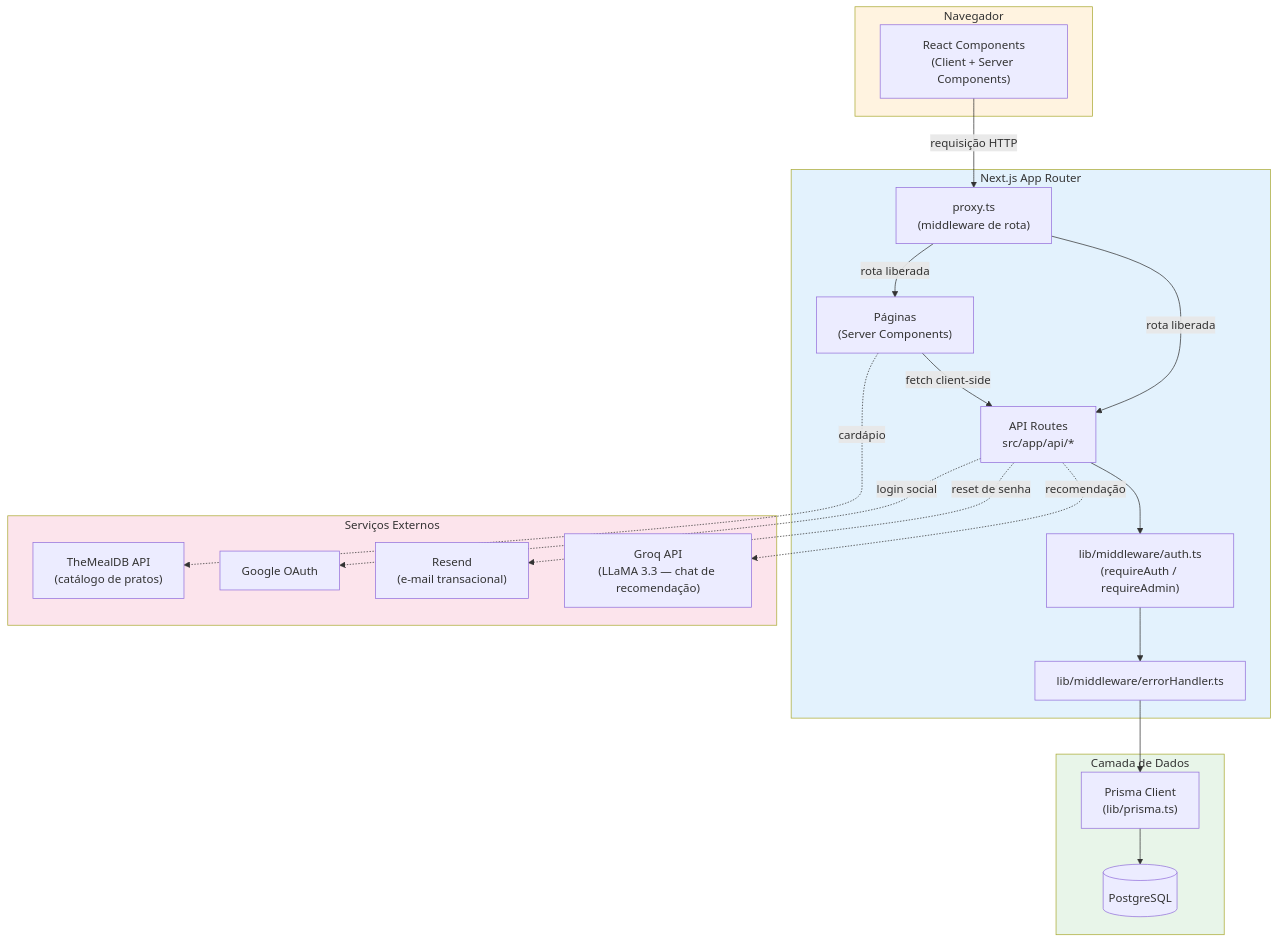
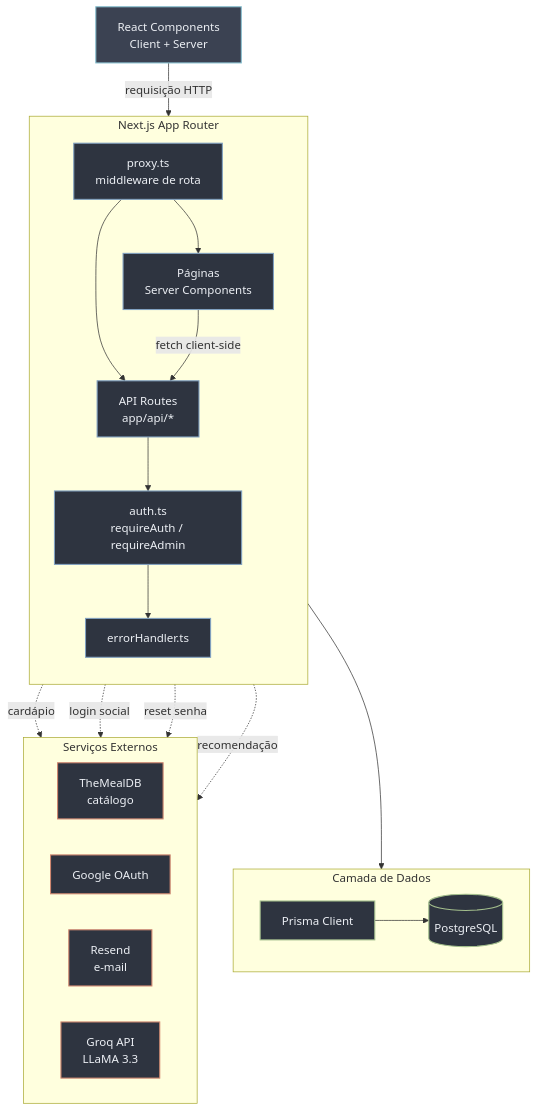
The first of 3 diagrams in docs/arquitetura.md (JoaoFabris/Meal-Delivery), drawn with Mermaid before and after one commit. The commit also changed other lines of this file, not shown here.

Commit message:
refactor: arquitetura.md

````diff
--- a/docs/arquitetura.md
+++ b/docs/arquitetura.md
@@ -7,45 +7,43 @@
 ```mermaid
 flowchart TB
-    subgraph Client["Navegador"]
-        UI["React Components<br/>(Client + Server Components)"]
-    end
+    classDef client fill:#3b4252,stroke:#88c0d0,color:#eceff4,stroke-width:1.5px
+    classDef server fill:#2e3440,stroke:#81a1c1,color:#eceff4,stroke-width:1.5px
+    classDef data fill:#2e3440,stroke:#a3be8c,color:#eceff4,stroke-width:1.5px
+    classDef ext fill:#2e3440,stroke:#d08770,color:#eceff4,stroke-width:1.5px
+
+    UI["React Components<br/>Client + Server"]:::client
 
     subgraph NextServer["Next.js App Router"]
-        Middleware["proxy.ts<br/>(middleware de rota)"]
-        Pages["Páginas<br/>(Server Components)"]
-        API["API Routes<br/>src/app/api/*"]
-        AuthMW["lib/middleware/auth.ts<br/>(requireAuth / requireAdmin)"]
-        ErrorH["lib/middleware/errorHandler.ts"]
+        direction TB
+        Middleware["proxy.ts<br/>middleware de rota"]:::server
+        Pages["Páginas<br/>Server Components"]:::server
+        API["API Routes<br/>app/api/*"]:::server
+        AuthMW["auth.ts<br/>requireAuth / requireAdmin"]:::server
+        ErrorH["errorHandler.ts"]:::server
     end
 
     subgraph DataLayer["Camada de Dados"]
-        Prisma["Prisma Client<br/>(lib/prisma.ts)"]
-        DB[("PostgreSQL")]
+        direction LR
+        Prisma["Prisma Client"]:::data
+        DB[("PostgreSQL")]:::data
     end
 
     subgraph External["Serviços Externos"]
-        MealDB["TheMealDB API<br/>(catálogo de pratos)"]
-        Google["Google OAuth"]
-        Resend["Resend<br/>(e-mail transacional)"]
-        Groq["Groq API<br/>(LLaMA 3.3 — chat de recomendação)"]
+        direction LR
+        MealDB["TheMealDB<br/>catálogo"]:::ext
+        Google["Google OAuth"]:::ext
+        Resend["Resend<br/>e-mail"]:::ext
+        Groq["Groq API<br/>LLaMA 3.3"]:::ext
     end
 
-    UI -->|"requisição HTTP"| Middleware
-    Middleware -->|"rota liberada"| Pages
-    Middleware -->|"rota liberada"| API
-    Pages -->|"fetch client-side"| API
-    API --> AuthMW
-    AuthMW --> ErrorH
-    ErrorH --> Prisma
-    Prisma --> DB
+    UI -->|requisição HTTP| Middleware
+    Middleware --> Pages
+    Middleware --> API
+    Pages -->|fetch client-side| API
+    API --> AuthMW --> ErrorH --> Prisma --> DB
 
-    Pages -.->|"cardápio"| MealDB
-    API -.->|"login social"| Google
-    API -.->|"reset de senha"| Resend
-    API -.->|"recomendação"| Groq
-
-    style Client fill:#fff3e0
-    style NextServer fill:#e3f2fd
-    style DataLayer fill:#e8f5e9
-    style External fill:#fce4ec
+    Pages -. cardápio .-> MealDB
+    API -. login social .-> Google
+    API -. reset senha .-> Resend
+    API -. recomendação .-> Groq
 ```
````
